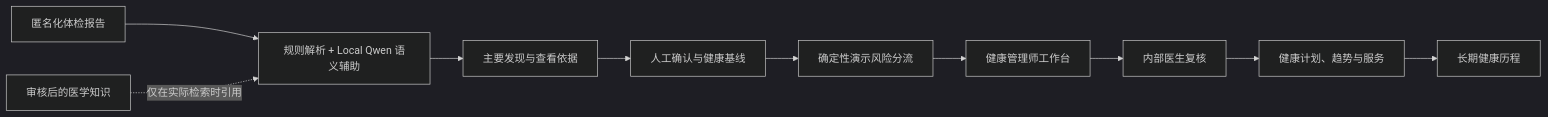
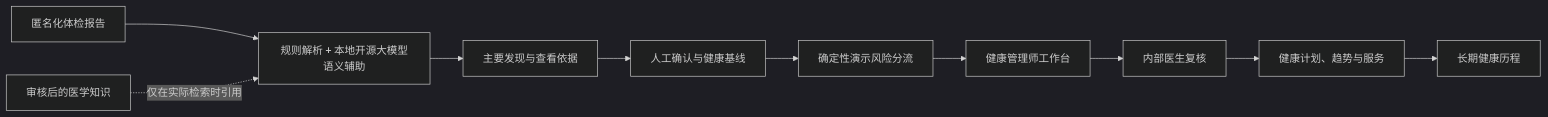
The first of 2 diagrams in README.md (KaedeharaT/executive-healthops), drawn with Mermaid (dark theme) before and after one commit. The commit also changed other lines of this file and 38 other files, not shown here.

````diff
--- a/README.md
+++ b/README.md
@@ -39,12 +39,12 @@
 ```mermaid
 flowchart LR
-    A[匿名化体检报告] --> B[规则解析 + Local Qwen 语义辅助]
+    A[匿名化体检报告] --> B[规则解析 + 本地开源大模型语义辅助]
     B --> C[主要发现与查看依据]
     C --> D[人工确认与健康基线]
     D --> E[确定性演示风险分流]
     E --> F[健康管理师工作台]
     F --> G[内部医生复核]
     G --> H[健康计划、趋势与服务]
     H --> I[长期健康历程]
     J[审核后的医学知识] -.仅在实际检索时引用.-> B
 ```
````
